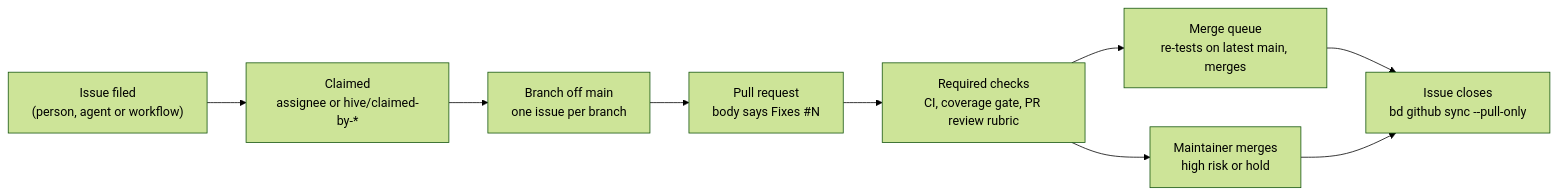
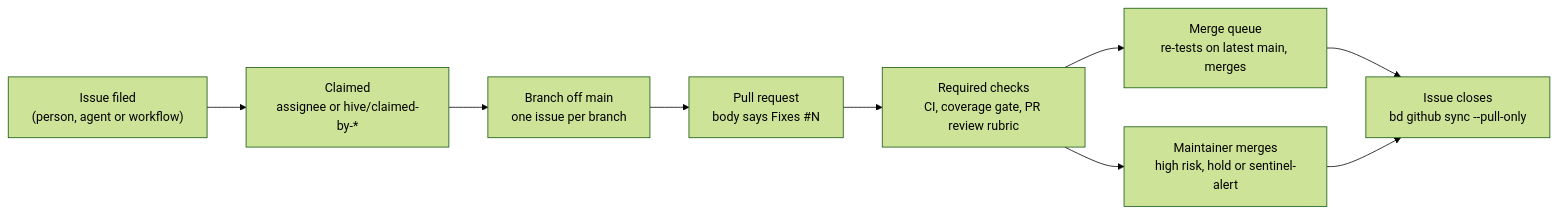
Before and after one commit to Tim-van-Oudheusden/website: the diagram in docs/multi-agent.md, drawn with Mermaid (forest theme). The commit also changed other lines of this file and 5 other files, not shown here.

Commit message:
ci(merge-queue): leave sentinel-alert pull requests for the maintainer (#983)

````diff
--- a/docs/multi-agent.md
+++ b/docs/multi-agent.md
@@ -29,11 +29,11 @@
 ```mermaid
 flowchart LR
     file["Issue filed<br/>(person, agent or workflow)"] --> claim["Claimed<br/>assignee or hive/claimed-by-*"]
     claim --> branch["Branch off main<br/>one issue per branch"]
     branch --> pr["Pull request<br/>body says Fixes #N"]
     pr --> checks["Required checks<br/>CI, coverage gate, PR review rubric"]
     checks --> queue["Merge queue<br/>re-tests on latest main, merges"]
-    checks --> manual["Maintainer merges<br/>high risk or hold"]
+    checks --> manual["Maintainer merges<br/>high risk, hold or sentinel-alert"]
     queue --> close["Issue closes<br/>bd github sync --pull-only"]
     manual --> close
 ```
````
